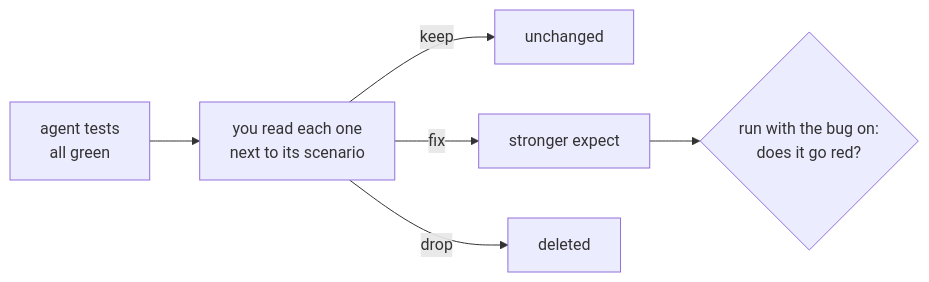
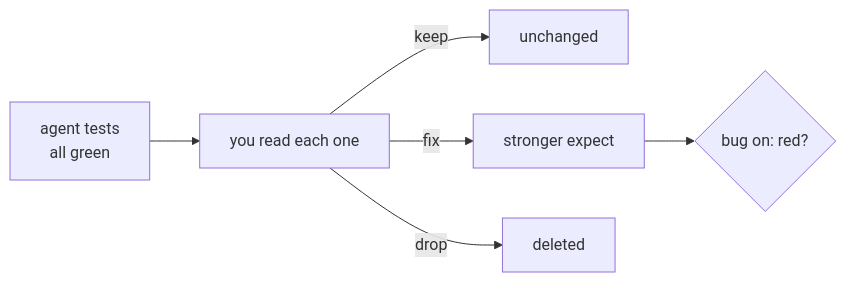
The diagram in parts/01-write-tests-with-agents/04-review-the-agent-tests/problem/README.md (learnwithparam/agentic-qa-workshop), drawn with Mermaid before and after one commit. The commit also changed other lines of this file and 298 other files, not shown here.

````diff
--- a/parts/01-write-tests-with-agents/04-review-the-agent-tests/problem/README.md
+++ b/parts/01-write-tests-with-agents/04-review-the-agent-tests/problem/README.md
@@ -11,8 +9,8 @@
 ```mermaid
 flowchart LR
-  T[agent tests<br/>all green] --> R[you read each one<br/>next to its scenario]
+  T[agent tests<br/>all green] --> R[you read each one]
   R -->|keep| K[unchanged]
   R -->|fix| F[stronger expect]
   R -->|drop| D[deleted]
-  F --> M{run with the bug on:<br/>does it go red?}
+  F --> M{bug on: red?}
 ```
````
